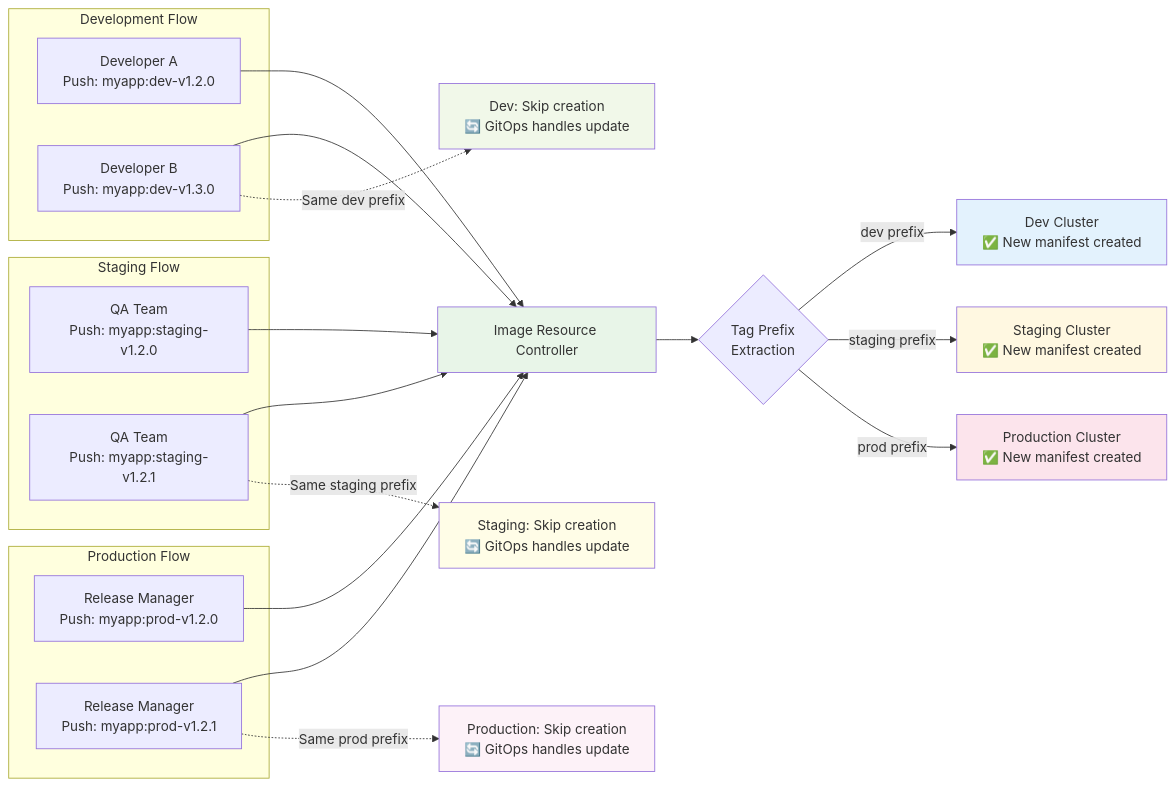
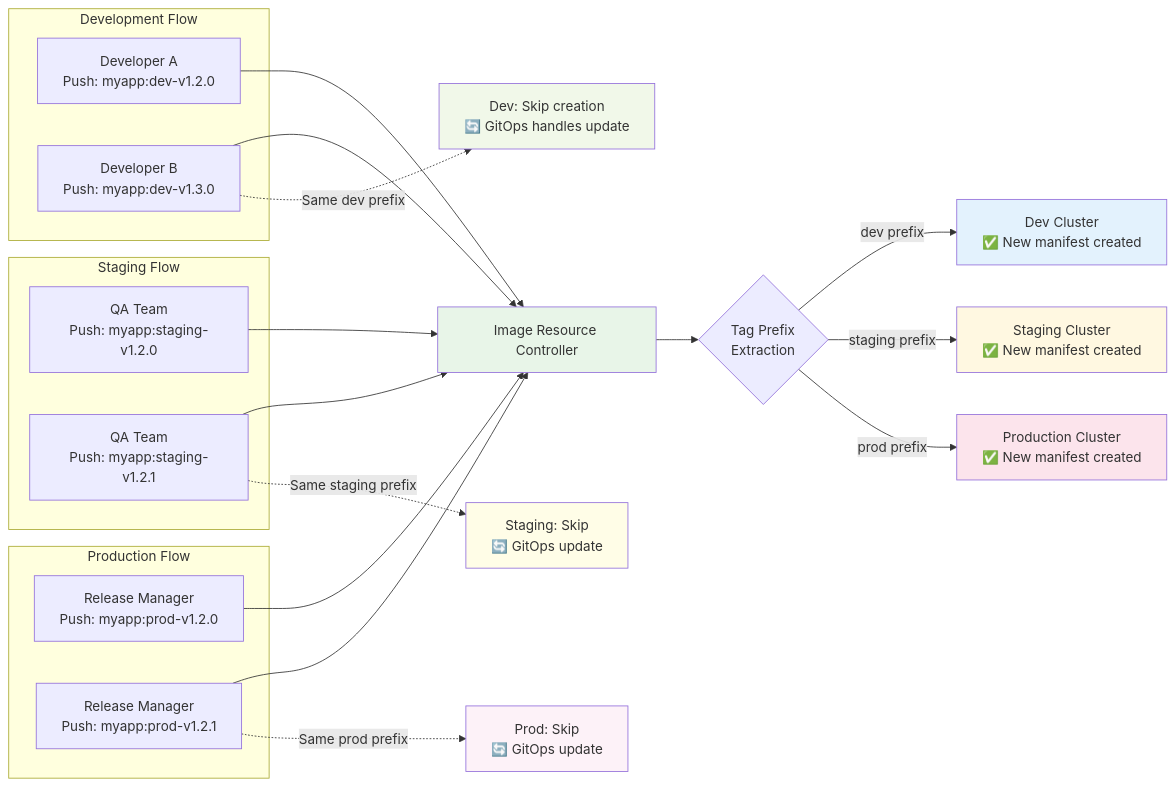
Before and after one commit to S-mishina/image-resource-controller: the third of 4 diagrams in README.md, drawn with Mermaid. The commit also changed other lines of this file and 1 other file, not shown here.

Commit message:
fix: Update regex patterns in policy tests for prefix extraction

````diff
--- a/README.md
+++ b/README.md
@@ -78,42 +84,42 @@
 ```mermaid
 graph LR
     subgraph "Development Flow"
         DEV1[Developer A<br/>Push: myapp:dev-v1.2.0]
         DEV2[Developer B<br/>Push: myapp:dev-v1.3.0]
     end
-    
-    subgraph "Staging Flow"  
+
+    subgraph "Staging Flow"
         STAGE1[QA Team<br/>Push: myapp:staging-v1.2.0]
         STAGE2[QA Team<br/>Push: myapp:staging-v1.2.1]
     end
-    
+
     subgraph "Production Flow"
         PROD1[Release Manager<br/>Push: myapp:prod-v1.2.0]
         PROD2[Release Manager<br/>Push: myapp:prod-v1.2.1]
     end
-    
+
     DEV1 --> CONTROLLER[Image Resource Controller]
     DEV2 --> CONTROLLER
     STAGE1 --> CONTROLLER
     STAGE2 --> CONTROLLER
     PROD1 --> CONTROLLER
     PROD2 --> CONTROLLER
-    
+
     CONTROLLER --> DECISION{Tag Prefix<br/>Extraction}
-    
+
     DECISION -->|dev prefix| DEVK8S[Dev Cluster<br/>✅ New manifest created]
-    DECISION -->|staging prefix| STAGEK8S[Staging Cluster<br/>✅ New manifest created]  
+    DECISION -->|staging prefix| STAGEK8S[Staging Cluster<br/>✅ New manifest created]
     DECISION -->|prod prefix| PRODK8S[Production Cluster<br/>✅ New manifest created]
-    
+
     DEV2 -.->|Same dev prefix| DEVSKIP[Dev: Skip creation<br/>🔄 GitOps handles update]
-    STAGE2 -.->|Same staging prefix| STAGESKIP[Staging: Skip creation<br/>🔄 GitOps handles update]
-    PROD2 -.->|Same prod prefix| PRODSKIP[Production: Skip creation<br/>🔄 GitOps handles update]
-    
+    STAGE2 -.->|Same staging prefix| STAGESKIP[Staging: Skip<br/>🔄 GitOps update]
+    PROD2 -.->|Same prod prefix| PRODSKIP[Prod: Skip<br/>🔄 GitOps update]
+
     style CONTROLLER fill:#e8f5e8
     style DEVK8S fill:#e3f2fd
     style STAGEK8S fill:#fff8e1
     style PRODK8S fill:#fce4ec
     style DEVSKIP fill:#f1f8e9
     style STAGESKIP fill:#fffde7
     style PRODSKIP fill:#fdf2f8
 ```
````
